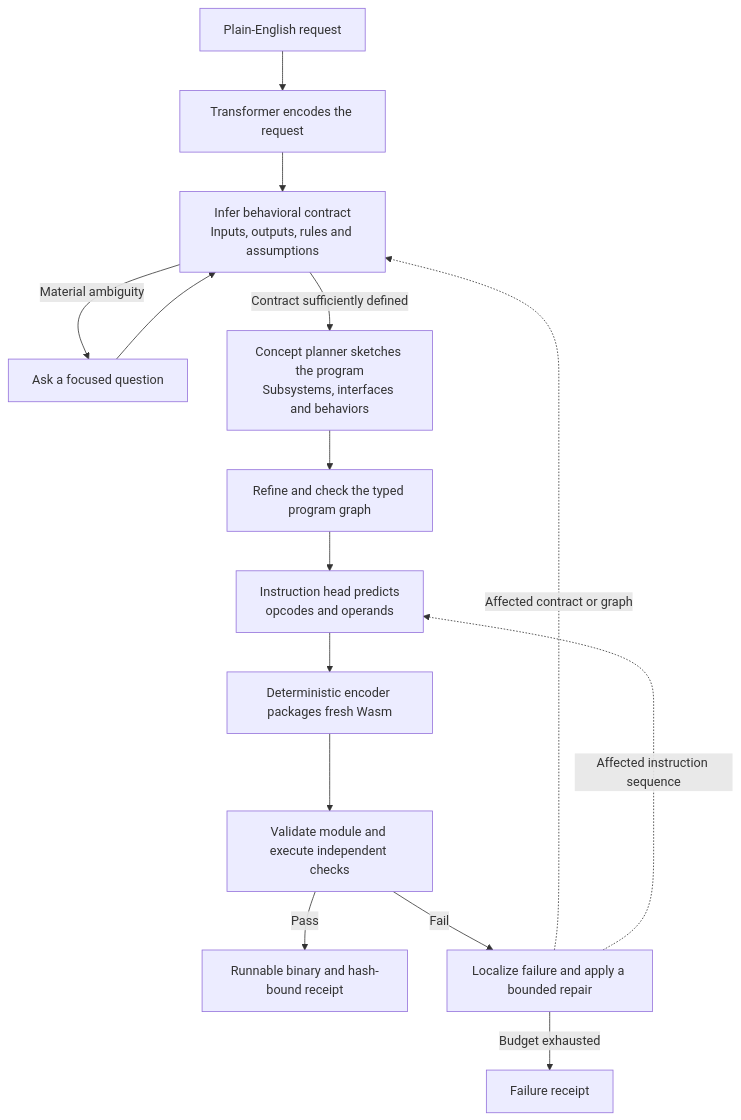
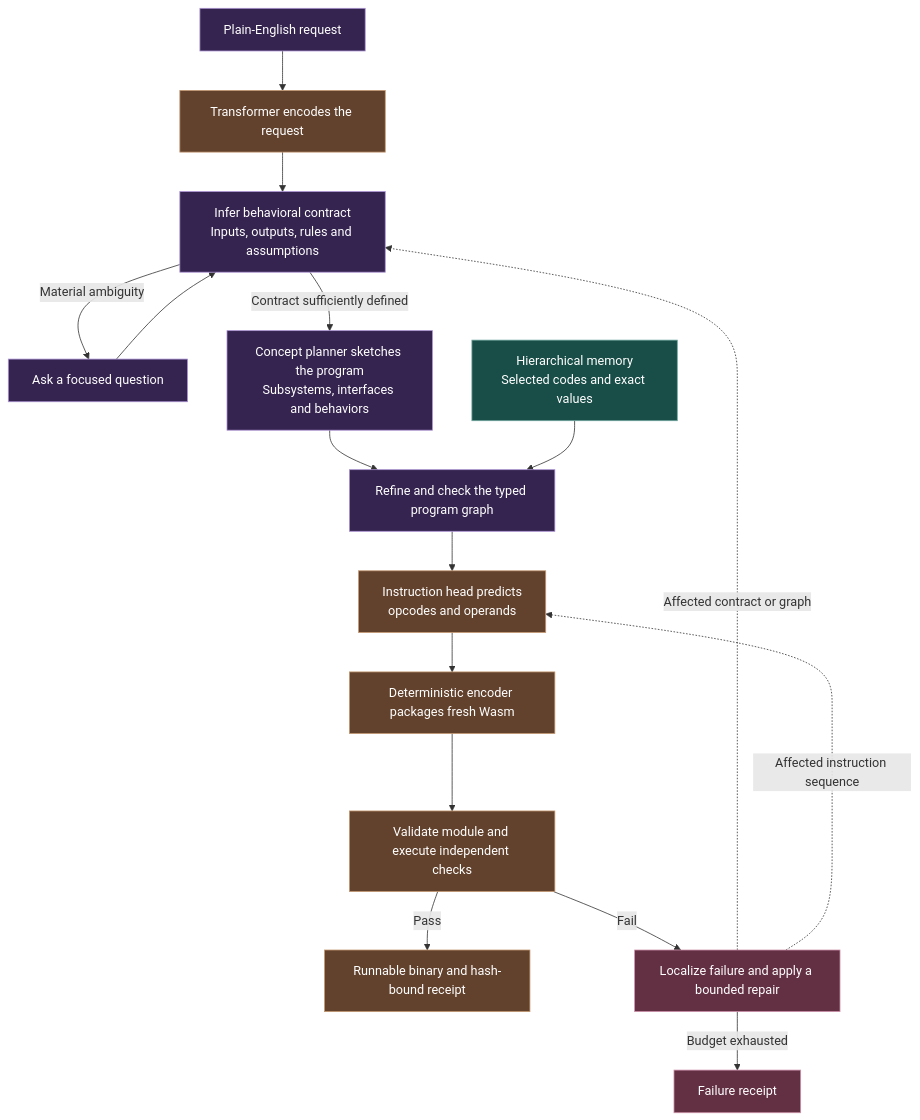
Before and after one commit to Kian-hdr/lore-demo: the first of 5 diagrams in docs/Architecture.md, drawn with Mermaid. The commit also changed other lines of this file and 7 other files, not shown here.

Commit message:
IND-317 visualize memory architecture and use numeric hierarchy codes

````diff
--- a/docs/Architecture.md
+++ b/docs/Architecture.md
@@ -7,17 +7,26 @@
 ```mermaid
 flowchart TD
     P["Plain-English request"] --> E["Transformer encodes the request"]
     E --> C["Infer behavioral contract<br/>Inputs, outputs, rules and assumptions"]
     C -->|Material ambiguity| Q["Ask a focused question"]
     Q --> C
     C -->|Contract sufficiently defined| N["Concept planner sketches the program<br/>Subsystems, interfaces and behaviors"]
     N --> G["Refine and check the typed program graph"]
+    M["Hierarchical memory<br/>Selected codes and exact values"] --> G
     G --> I["Instruction head predicts<br/>opcodes and operands"]
     I --> B["Deterministic encoder packages fresh Wasm"]
     B --> V["Validate module and execute independent checks"]
     V -->|Pass| R["Runnable binary and hash-bound receipt"]
     V -->|Fail| D["Localize failure and apply a bounded repair"]
     D -. "Affected contract or graph" .-> C
     D -. "Affected instruction sequence" .-> I
     D -->|Budget exhausted| X["Failure receipt"]
+    classDef plan fill:#35244f,stroke:#aa91d2,color:#ffffff;
+    class P,C,Q,N,G plan;
+    classDef exec fill:#62422d,stroke:#c39770,color:#ffffff;
+    class E,I,B,V,R exec;
+    classDef data fill:#194e48,stroke:#6ea59d,color:#ffffff;
+    class M data;
+    classDef change fill:#632f43,stroke:#cf93ab,color:#ffffff;
+    class D,X change;
 ```
````
